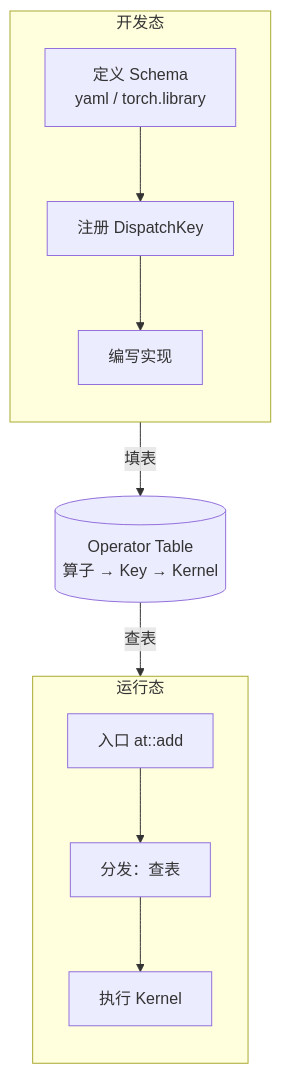
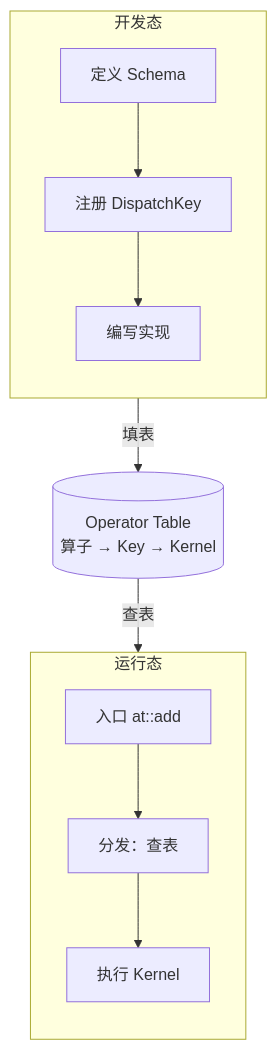
The sixth of 9 diagrams in slides/2026-02-26-deep-dive-into-pytorch.md (arganzheng/arganzheng.github.com), drawn with Mermaid before and after one commit. The commit also changed other lines of this file, not shown here.

Commit message:
slides(2026-02-26-deep-dive-into-pytorch): 图内文字 ≥14px——标签缩短/拆分/Unicode 数学

````diff
--- a/slides/2026-02-26-deep-dive-into-pytorch.md
+++ b/slides/2026-02-26-deep-dive-into-pytorch.md
@@ -185,14 +188,14 @@
 ```mermaid
 %%{init: {"flowchart": {"wrappingWidth": 200}}}%%
 flowchart TB
     subgraph DEV["开发态"]
         direction TB
-        A1["定义 Schema<br/>yaml / torch.library"] --> A2["注册 DispatchKey"] --> A3["编写实现"]
+        A1["定义 Schema"] --> A2["注册 DispatchKey"] --> A3["编写实现"]
     end
     OT[("Operator Table<br/>算子 → Key → Kernel")]
     subgraph RUN["运行态"]
         direction TB
         B1["入口 at::add"] --> B2["分发：查表"] --> B3["执行 Kernel"]
     end
     A2 -->|填表| OT -->|查表| B2
 ```
````
